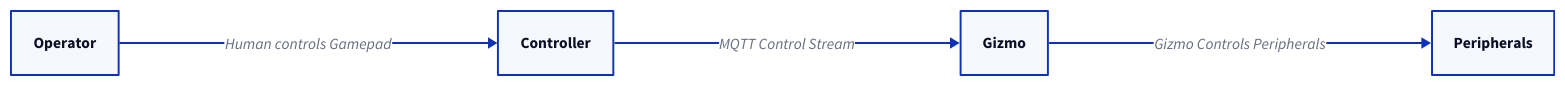
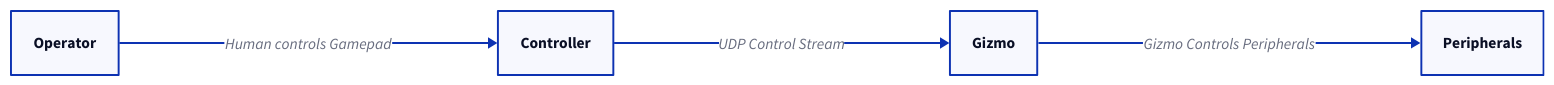
The first of 4 diagrams in src/learn/arch.md (gizmo-platform/gizmo-platform.github.io), drawn with D2 before and after one commit. The commit also changed other lines of this file and 2 other files, not shown here.

Commit message:
src/learn: Update top level architecture diagrams

````diff
--- a/src/learn/arch.md
+++ b/src/learn/arch.md
@@ -16,6 +16,6 @@
 ```d2
 direction: right
 Operator -> Controller : Human controls Gamepad
-Controller -> Gizmo : MQTT Control Stream
+Controller -> Gizmo : UDP Control Stream
 Gizmo -> Peripherals : Gizmo Controls Peripherals
 ```
````
